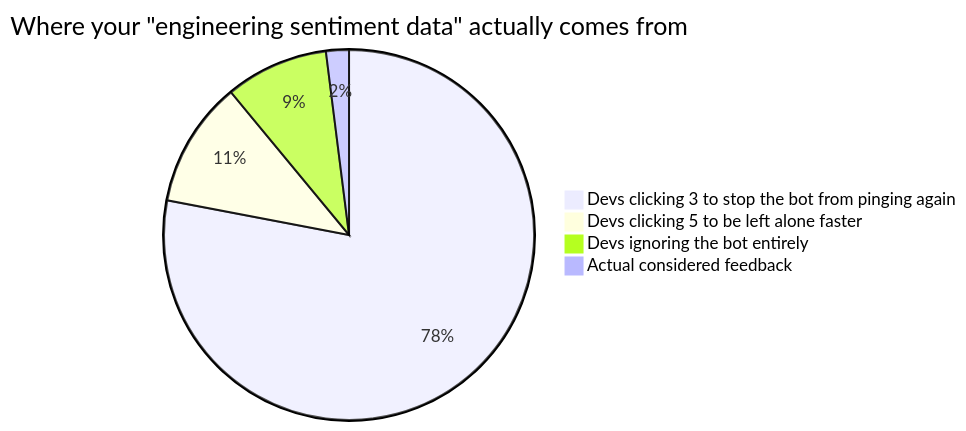
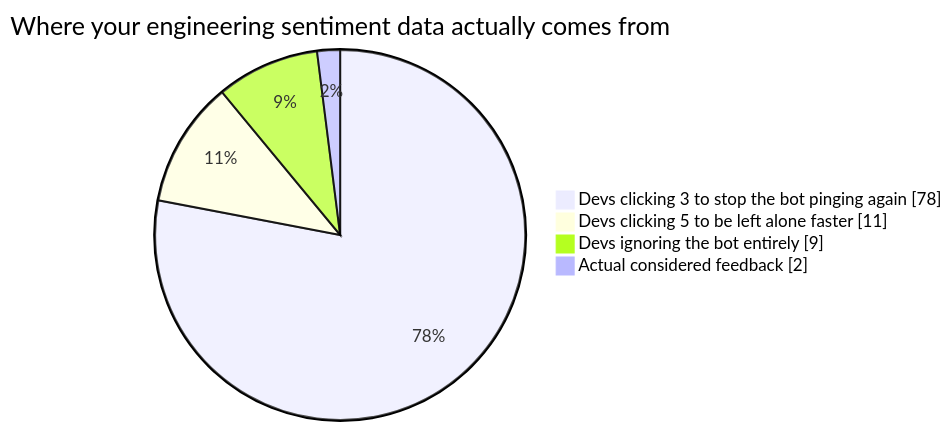
Before and after one commit to kevin-sigmoid-org/commit-mood-ring: the first of 3 diagrams in README.md, drawn with Mermaid. The commit also changed other lines of this file, not shown here.

First line of the commit message:
docs: replace mindmap by graph TB and clean pie title

````diff
--- a/README.md
+++ b/README.md
@@ -38,7 +38,7 @@
 ```mermaid
-pie title Where your "engineering sentiment data" actually comes from
-    "Devs clicking 3 to stop the bot from pinging again" : 78
+pie showData title Where your engineering sentiment data actually comes from
+    "Devs clicking 3 to stop the bot pinging again" : 78
     "Devs clicking 5 to be left alone faster" : 11
     "Devs ignoring the bot entirely" : 9
     "Actual considered feedback" : 2
 ```
````
